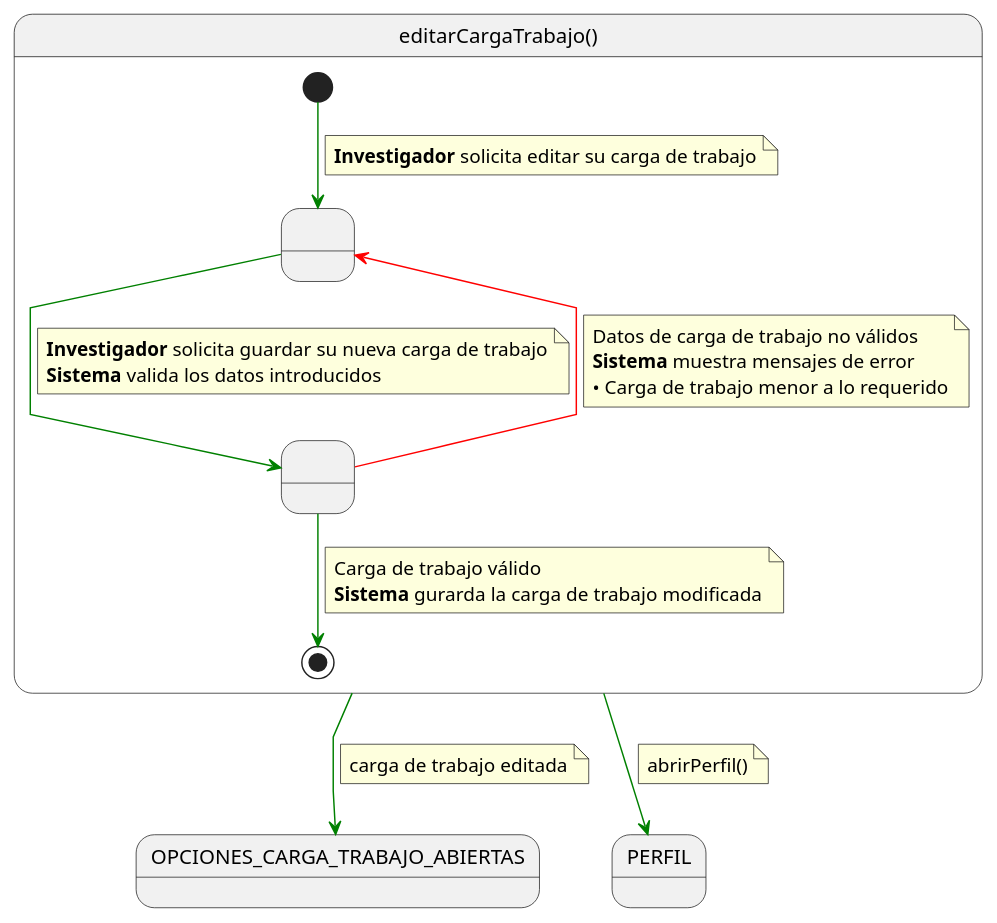
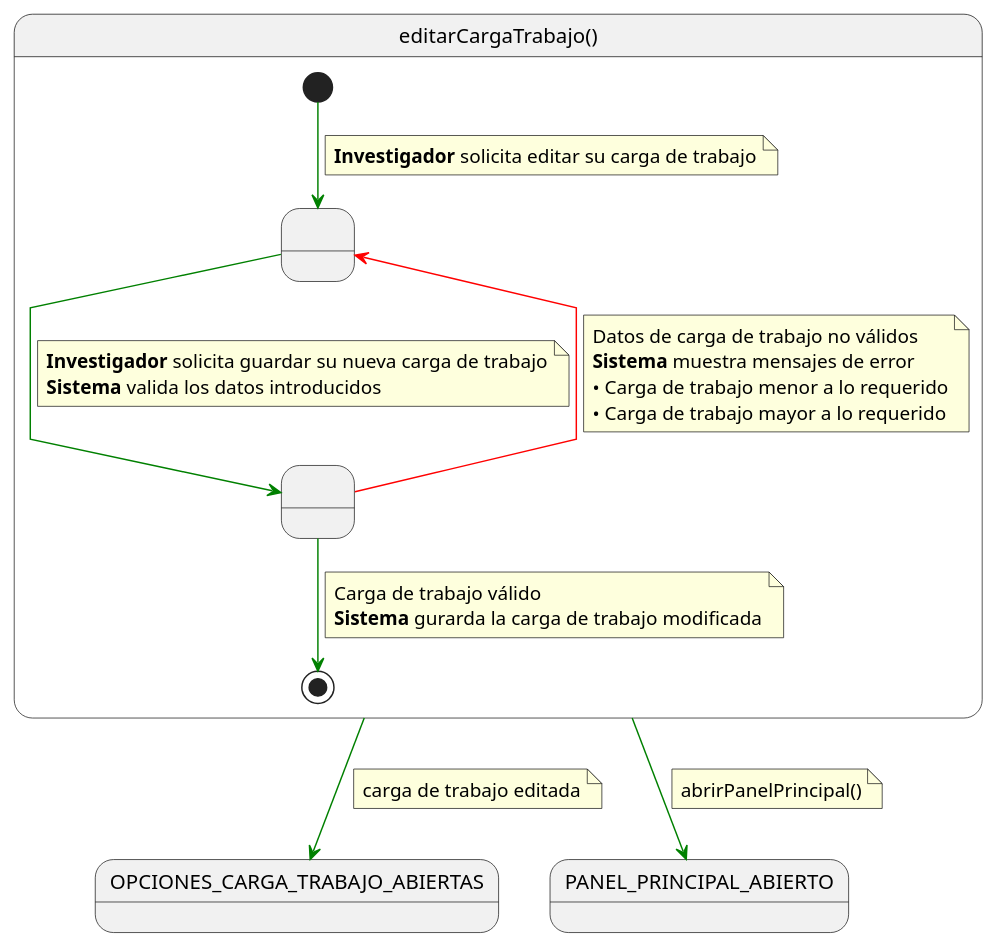
The diagram in documents/CasosDeUso/investigador/03-carga-trabajo/editarCargaTrabajo/editarCargaTrabajo.puml (31Diego/25-26-IdSw1-SdR), drawn with PlantUML before and after one commit. The commit also changed 1 other file, not shown here.

Commit message:
fix/cambios en CdU editarCargaTrabajo

```diff
--- a/documents/CasosDeUso/investigador/03-carga-trabajo/editarCargaTrabajo/editarCargaTrabajo.puml
+++ b/documents/CasosDeUso/investigador/03-carga-trabajo/editarCargaTrabajo/editarCargaTrabajo.puml
@@ -1,45 +1,46 @@
 @startuml editarCargaTrabajo
 
 skinparam linetype polyline
 
 state editarCargaTrabajo as "editarCargaTrabajo()" {
 
     state " " as AbrirCargaDeTrabajo
     state " " as ValidandoDatos
 
     [*] -[#green]-> AbrirCargaDeTrabajo
     note on link
     <b>Investigador</b> solicita editar su carga de trabajo
     end note
 
     AbrirCargaDeTrabajo -[#green]-> ValidandoDatos
     note on link
     <b>Investigador</b> solicita guardar su nueva carga de trabajo
     <b>Sistema</b> valida los datos introducidos
     end note
 
     ValidandoDatos -[#red]-> AbrirCargaDeTrabajo
     note on link
     Datos de carga de trabajo no válidos
     <b>Sistema</b> muestra mensajes de error
     • Carga de trabajo menor a lo requerido
+    • Carga de trabajo mayor a lo requerido
     end note
 
     ValidandoDatos -[#green]-> [*]
     note on link
     Carga de trabajo válido
     <b>Sistema</b> gurarda la carga de trabajo modificada
     end note
 }
 
 editarCargaTrabajo -[#green]-> OPCIONES_CARGA_TRABAJO_ABIERTAS
 note on link
 carga de trabajo editada
 end note
 
-editarCargaTrabajo -[#green]-> PERFIL
+editarCargaTrabajo -[#green]-> PANEL_PRINCIPAL_ABIERTO
 note on link
-abrirPerfil()
+abrirPanelPrincipal()
 end note
 
 @enduml
```
